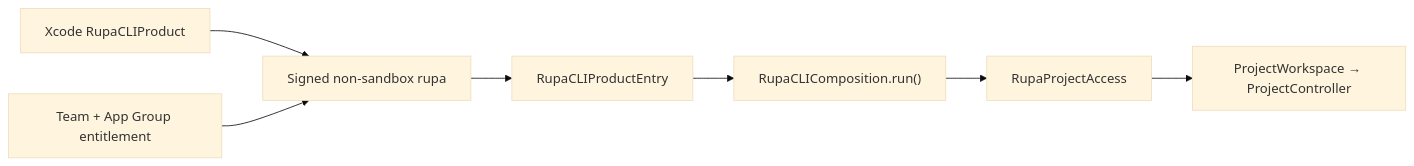
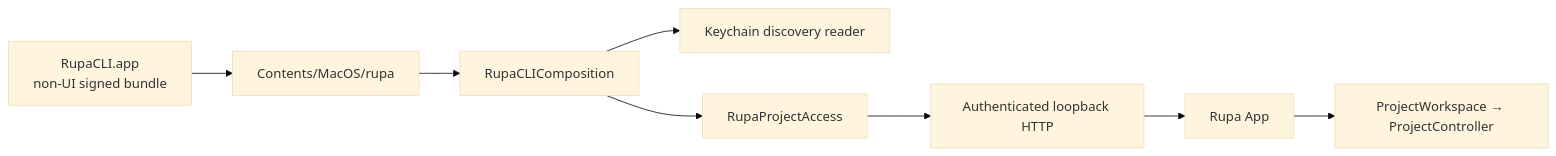
One commit to 1amageek/Rupa changed the first of 2 diagrams in Rupa/Rupa/RupaCLI/DESIGN.md. Above: the diagram before and after it, drawn with Mermaid (base theme). The commit also changed other lines of this file and 133 other files, not shown here.

Commit message:
Route external access through the Rupa API

````diff
--- a/Rupa/Rupa/RupaCLI/DESIGN.md
+++ b/Rupa/Rupa/RupaCLI/DESIGN.md
@@ -36,9 +34,10 @@
 ```mermaid
 flowchart LR
-    Target["Xcode RupaCLIProduct"] --> Signed["Signed non-sandbox rupa"]
-    Entitlements["Team + App Group entitlement"] --> Signed
-    Signed --> Thin["RupaCLIProductEntry"]
-    Thin --> Composition["RupaCLIComposition.run()"]
-    Composition --> Access["RupaProjectAccess"]
-    Access --> Workspace["ProjectWorkspace → ProjectController"]
+    Bundle["RupaCLI.app\nnon-UI signed bundle"] --> CLI["Contents/MacOS/rupa"]
+    CLI --> Composition["RupaCLIComposition"]
+    Composition --> Keychain["Keychain discovery reader"]
+    Composition --> API["RupaProjectAccess"]
+    API --> HTTP["Authenticated loopback HTTP"]
+    HTTP --> App["Rupa App"]
+    App --> Controller["ProjectWorkspace → ProjectController"]
 ```
````
